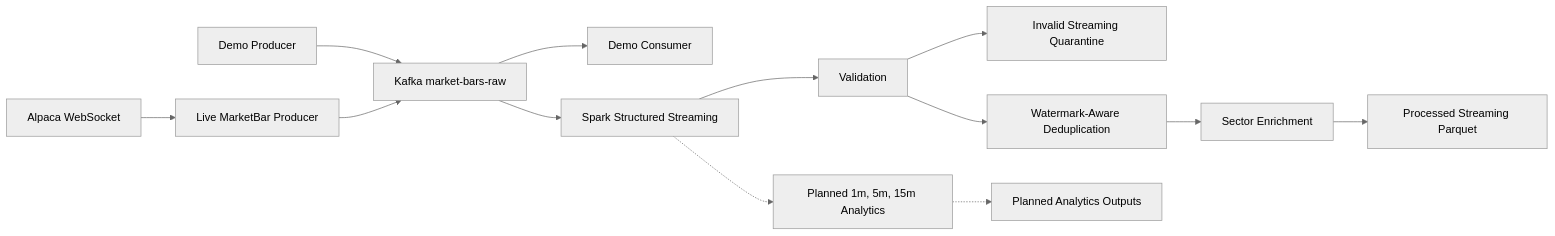
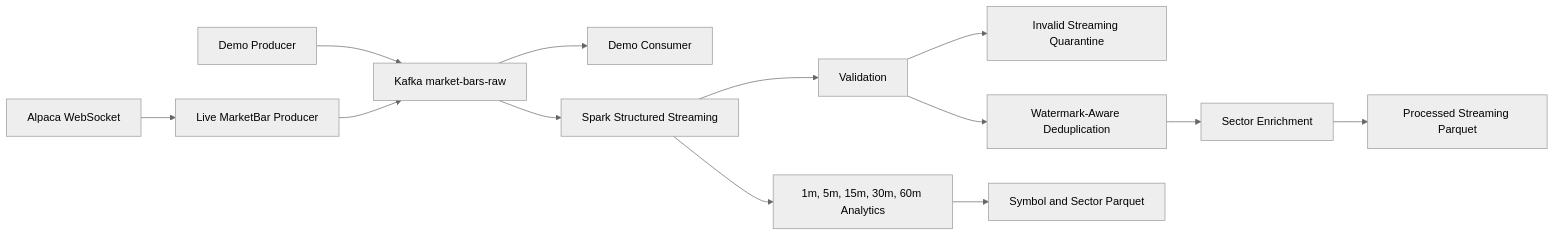
One commit to 1211882/LABGDD changed the third of 4 diagrams in README.md. Above: the diagram before and after it, drawn with Mermaid (neutral theme). The commit also changed other lines of this file and 9999 other files, not shown here.

````diff
--- a/README.md
+++ b/README.md
@@ -69,15 +87,15 @@
 ```mermaid
 flowchart LR
     DEMO[Demo Producer] --> K[Kafka market-bars-raw]
     K --> CONS[Demo Consumer]
     WS[Alpaca WebSocket] --> LIVE[Live MarketBar Producer]
     LIVE --> K
     K --> SS[Spark Structured Streaming]
     SS --> CHECK[Validation]
     CHECK --> QUAR[Invalid Streaming Quarantine]
     CHECK --> DEDUP[Watermark-Aware Deduplication]
     DEDUP --> ENRICH[Sector Enrichment]
     ENRICH --> STREAMOUT[Processed Streaming Parquet]
-    SS -.-> WINDOWS[Planned 1m, 5m, 15m Analytics]
-    WINDOWS -.-> ANALYTICS[Planned Analytics Outputs]
+    SS --> WINDOWS[1m, 5m, 15m, 30m, 60m Analytics]
+    WINDOWS --> ANALYTICS[Symbol and Sector Parquet]
 ```
````
